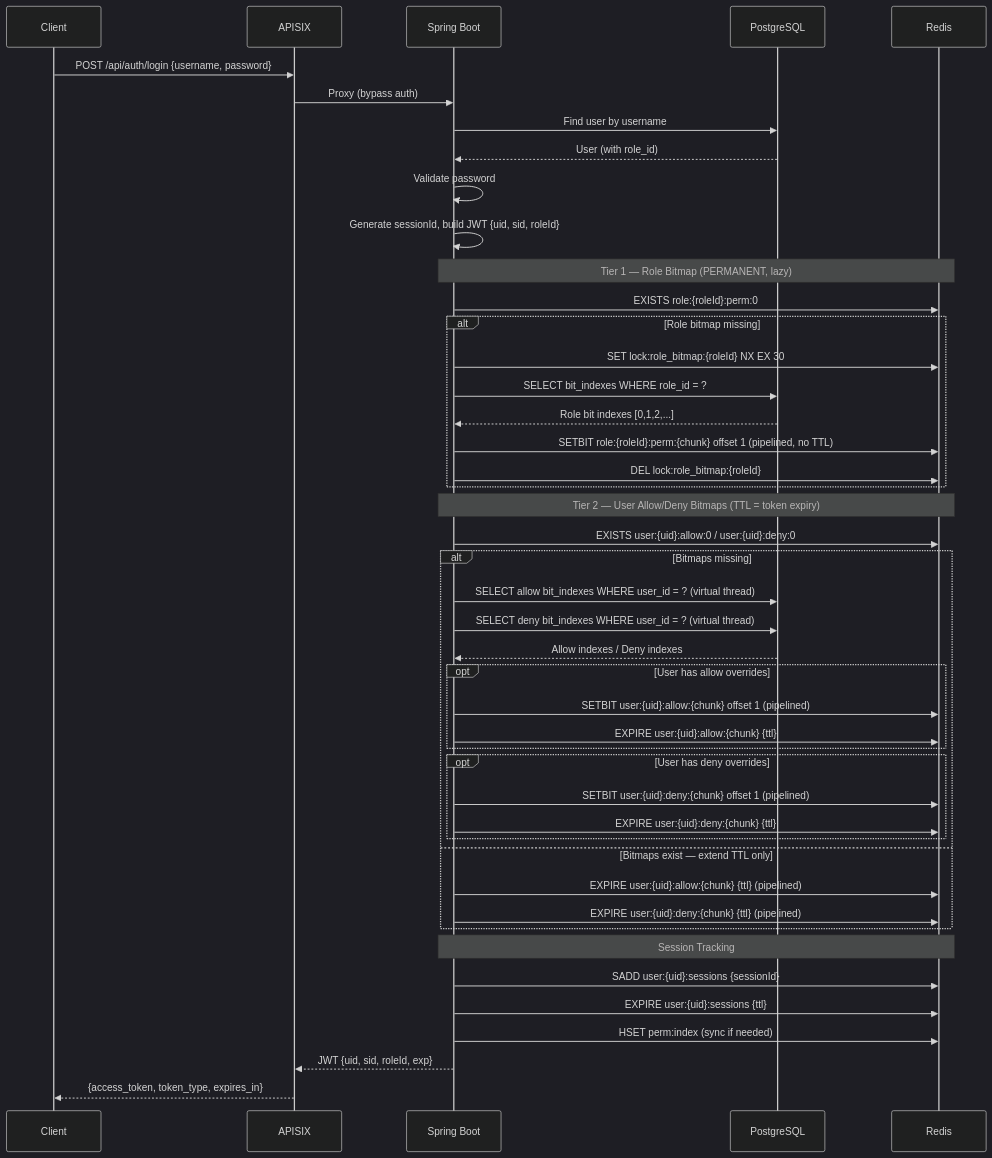
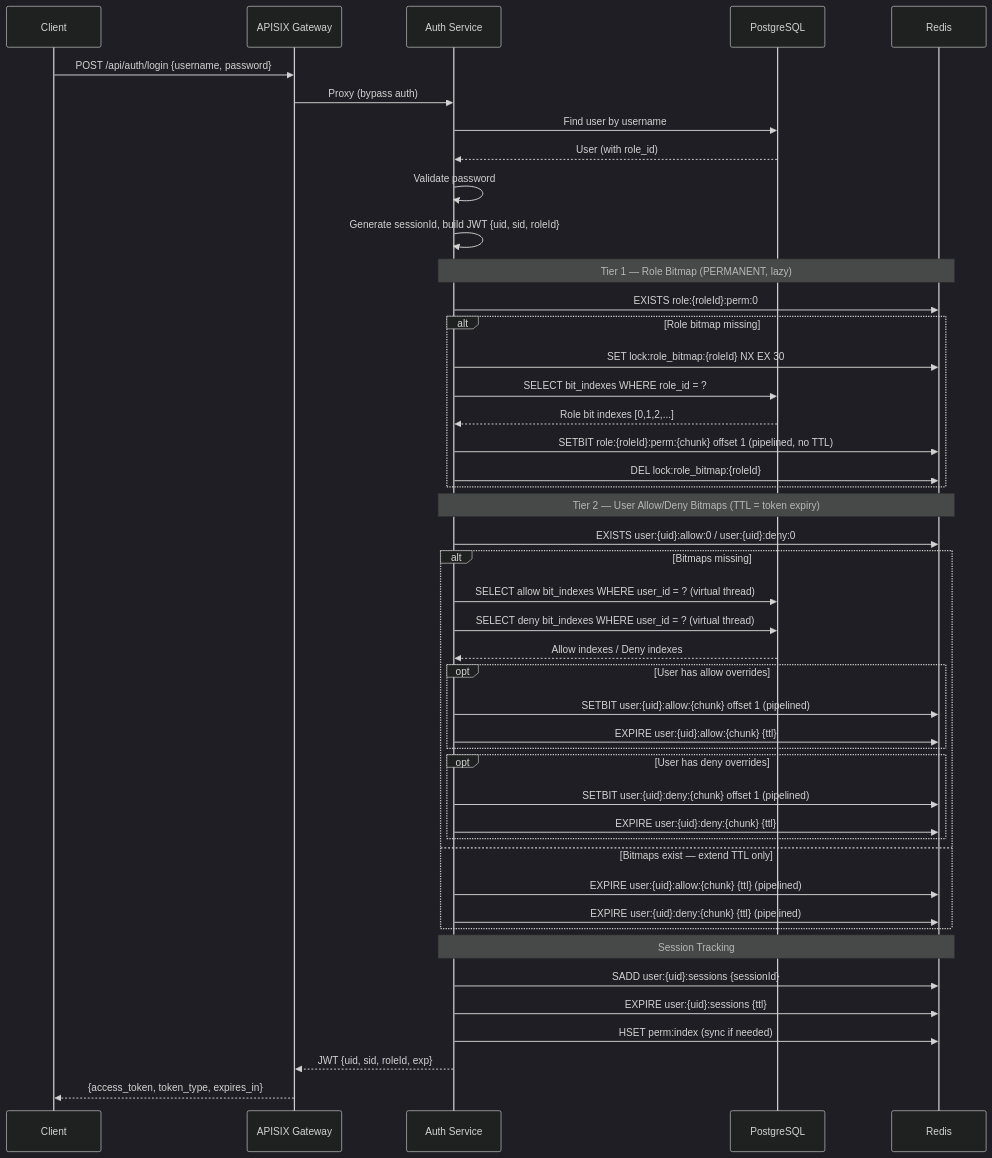
The first of 3 diagrams in docs/architecture.md (mobarakice/bitmap-authorization), drawn with Mermaid (dark theme) before and after one commit. The commit also changed other lines of this file and 2 other files, not shown here.

Commit message:
update high-level architecture

````diff
--- a/docs/architecture.md
+++ b/docs/architecture.md
@@ -32,52 +9,52 @@
 ```mermaid
 sequenceDiagram
     participant C as Client
-    participant A as APISIX
-    participant S as Spring Boot
+    participant A as APISIX Gateway
+    participant S as Auth Service
     participant DB as PostgreSQL
     participant R as Redis
 
     C->>A: POST /api/auth/login {username, password}
     A->>S: Proxy (bypass auth)
     S->>DB: Find user by username
     DB-->>S: User (with role_id)
     S->>S: Validate password
     S->>S: Generate sessionId, build JWT {uid, sid, roleId}
 
     Note over S,R: Tier 1 — Role Bitmap (PERMANENT, lazy)
     S->>R: EXISTS role:{roleId}:perm:0
     alt Role bitmap missing
         S->>R: SET lock:role_bitmap:{roleId} NX EX 30
         S->>DB: SELECT bit_indexes WHERE role_id = ?
         DB-->>S: Role bit indexes [0,1,2,...]
         S->>R: SETBIT role:{roleId}:perm:{chunk} offset 1 (pipelined, no TTL)
         S->>R: DEL lock:role_bitmap:{roleId}
     end
 
     Note over S,R: Tier 2 — User Allow/Deny Bitmaps (TTL = token expiry)
     S->>R: EXISTS user:{uid}:allow:0 / user:{uid}:deny:0
     alt Bitmaps missing
         S->>DB: SELECT allow bit_indexes WHERE user_id = ? (virtual thread)
         S->>DB: SELECT deny bit_indexes WHERE user_id = ? (virtual thread)
         DB-->>S: Allow indexes / Deny indexes
         opt User has allow overrides
             S->>R: SETBIT user:{uid}:allow:{chunk} offset 1 (pipelined)
             S->>R: EXPIRE user:{uid}:allow:{chunk} {ttl}
         end
         opt User has deny overrides
             S->>R: SETBIT user:{uid}:deny:{chunk} offset 1 (pipelined)
             S->>R: EXPIRE user:{uid}:deny:{chunk} {ttl}
         end
     else Bitmaps exist — extend TTL only
         S->>R: EXPIRE user:{uid}:allow:{chunk} {ttl} (pipelined)
         S->>R: EXPIRE user:{uid}:deny:{chunk} {ttl} (pipelined)
     end
 
     Note over S,R: Session Tracking
     S->>R: SADD user:{uid}:sessions {sessionId}
     S->>R: EXPIRE user:{uid}:sessions {ttl}
 
     S->>R: HSET perm:index (sync if needed)
     S-->>A: JWT {uid, sid, roleId, exp}
     A-->>C: {access_token, token_type, expires_in}
 ```
````
